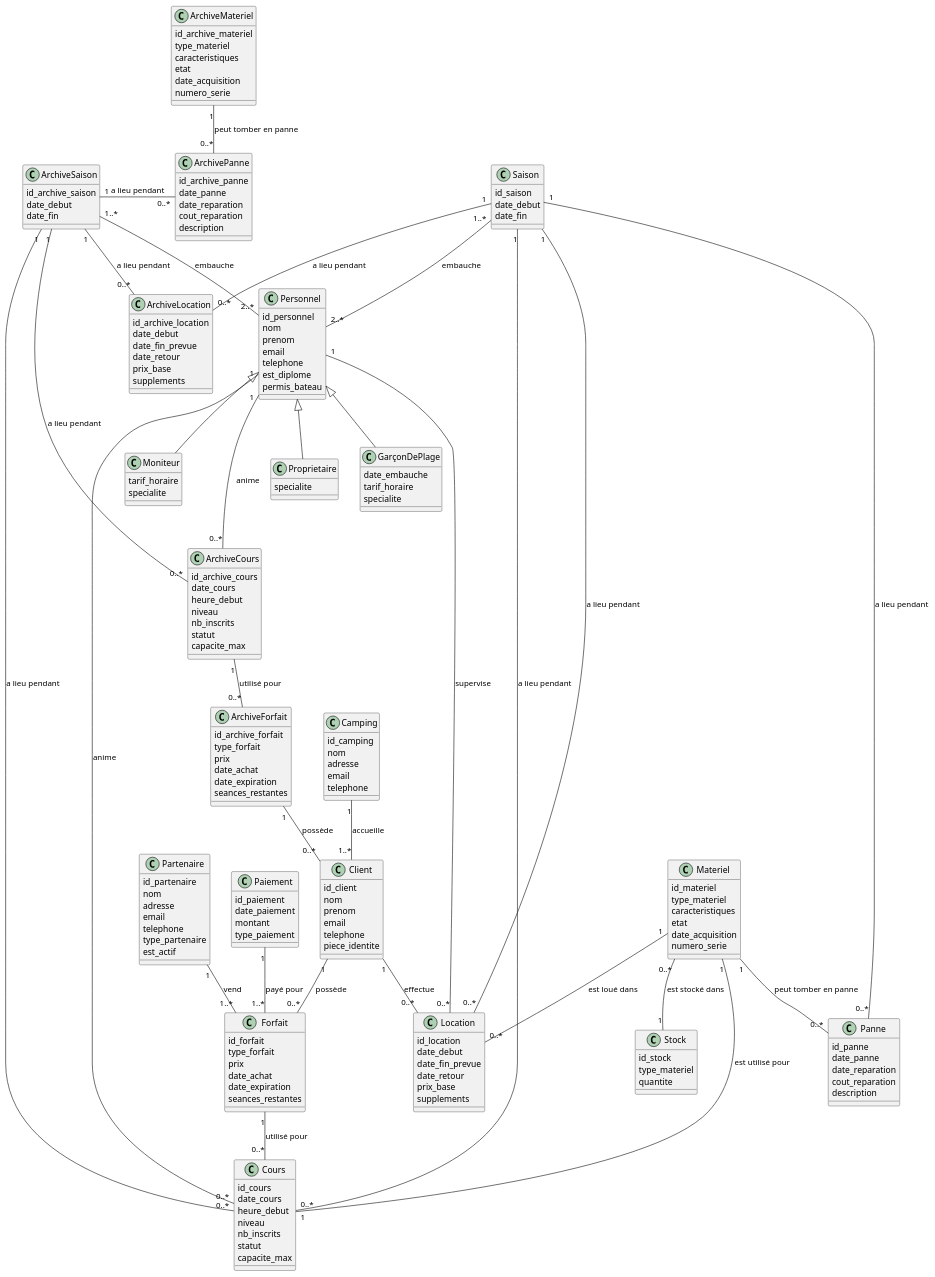
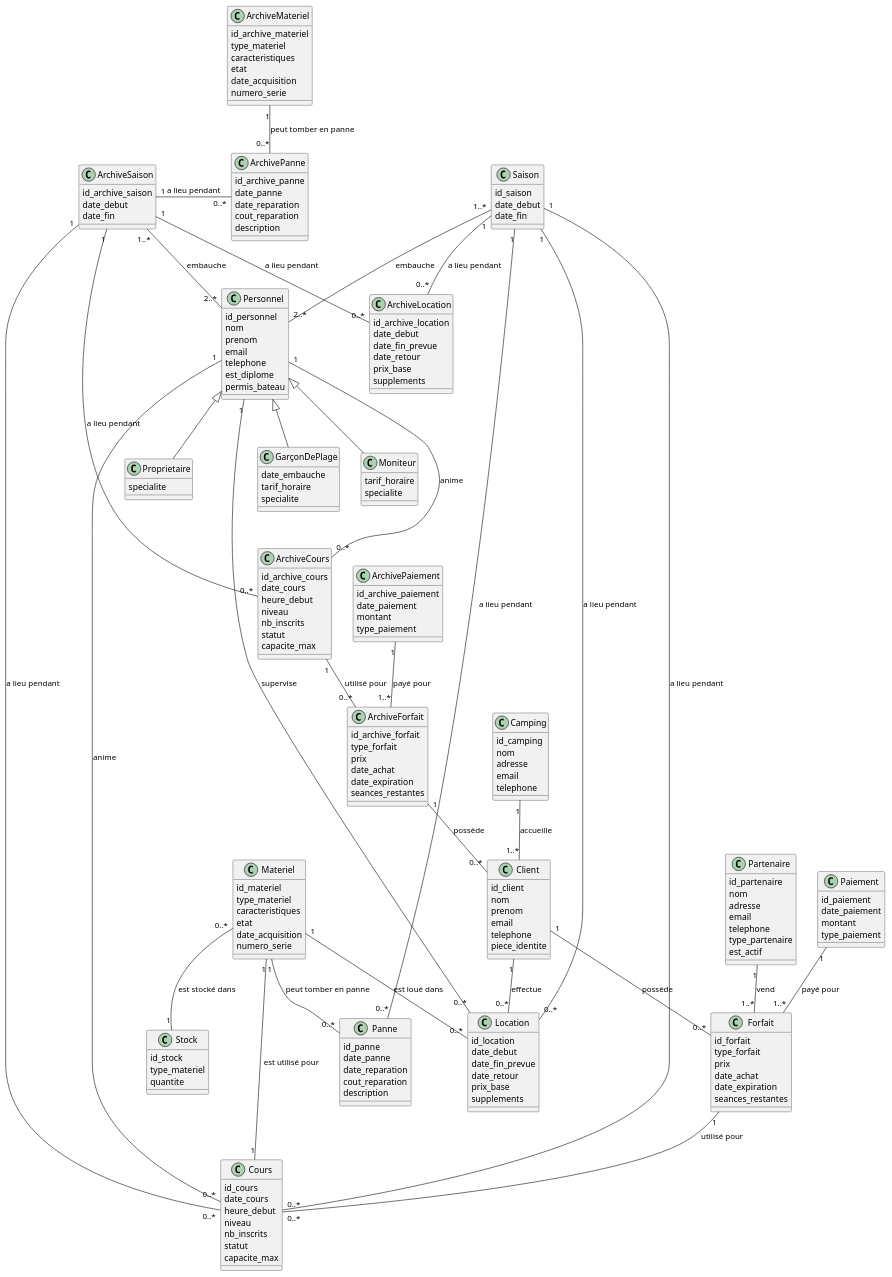
The diagram in docs/1-analysis/generalDesignClassDiagram.puml (Hugo-COLLIN/MIAGE_CSI_NauticalClub), drawn with PlantUML before and after one commit.

Commit message:
docs: ArchivePaiement

```diff
--- a/docs/1-analysis/generalDesignClassDiagram.puml
+++ b/docs/1-analysis/generalDesignClassDiagram.puml
@@ -166,6 +166,13 @@
         type_paiement
     }
 
+    class ArchivePaiement {
+        id_archive_paiement
+        date_paiement
+        montant
+        type_paiement
+    }
+
     Client "1" -- "0..*" Forfait: possède
     Client "1" -- "0..*" Location: effectue
     Personnel "1" -- "0..*" Cours: anime
@@ -192,5 +199,6 @@
     ArchiveSaison "1" - "0..*" ArchivePanne: a lieu pendant
     ArchiveSaison "1" -- "0..*" ArchiveCours: a lieu pendant
     ArchiveSaison "1" -- "0..*" ArchiveLocation: a lieu pendant
+    ArchivePaiement "1" -- "1..*" ArchiveForfait: payé pour
 
 @enduml
```
